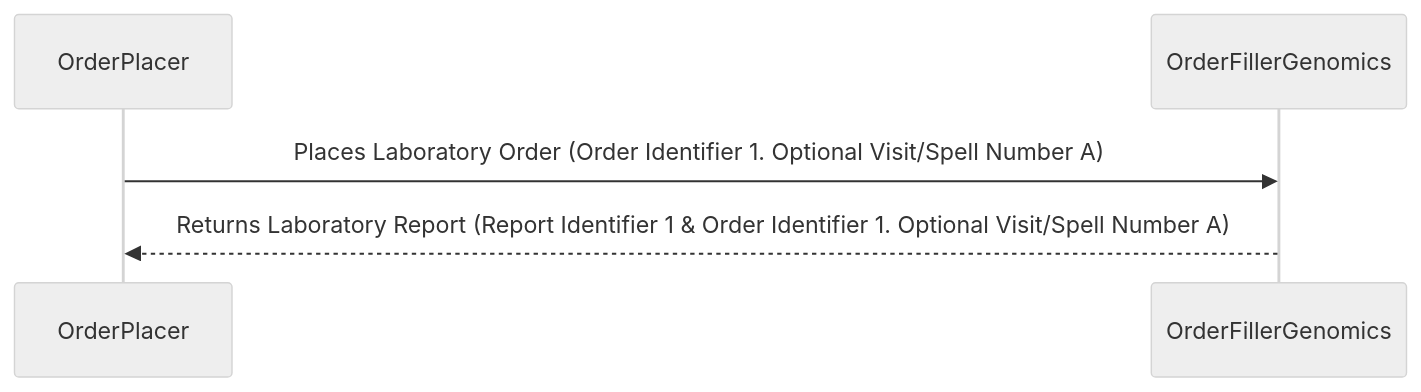
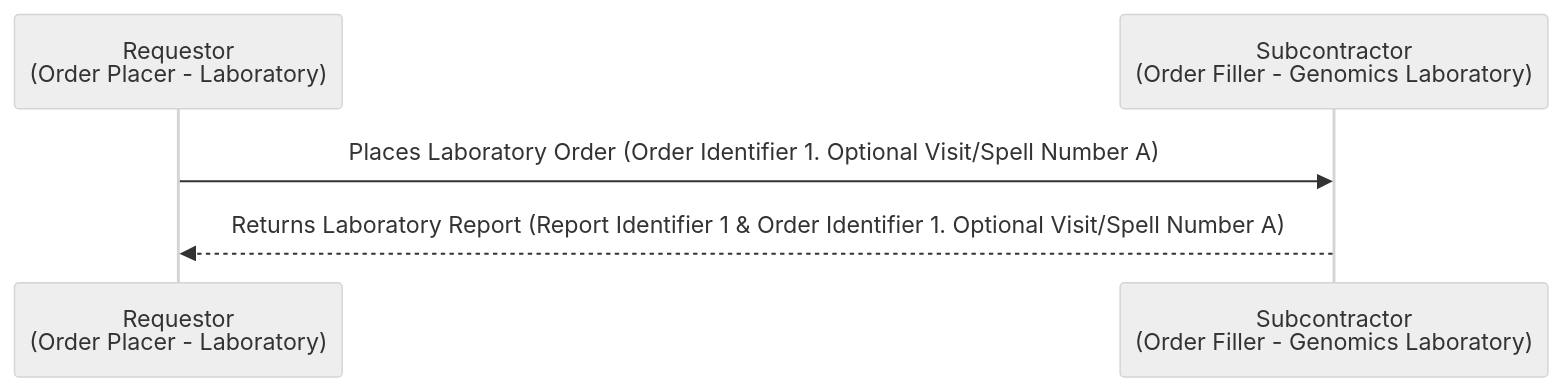
Before and after one commit to uk-gov-mirror/nw-gmsa.nw-gmsa.github.com: the first of 4 diagrams in input/pagecontent/ILW.md, drawn with Mermaid (neutral theme). The commit also changed other lines of this file and 5 other files, not shown here.

````diff
--- a/input/pagecontent/ILW.md
+++ b/input/pagecontent/ILW.md
@@ -48,8 +53,8 @@
 ```mermaid
 sequenceDiagram
-    participant OrderPlacer
-    participant OrderFillerGenomics
+    participant OrderPlacer as Requestor<br/>(Order Placer - Laboratory) 
+    participant OrderFillerGenomics as Subcontractor<br/>(Order Filler - Genomics Laboratory) 
 
     OrderPlacer ->> OrderFillerGenomics: Places Laboratory Order (Order Identifier 1. Optional Visit/Spell Number A)
     OrderFillerGenomics -->> OrderPlacer: Returns Laboratory Report (Report Identifier 1 & Order Identifier 1. Optional Visit/Spell Number A)
 ```
````
